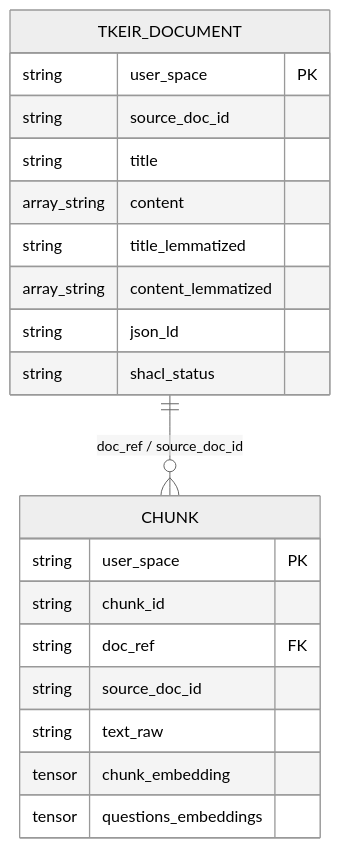
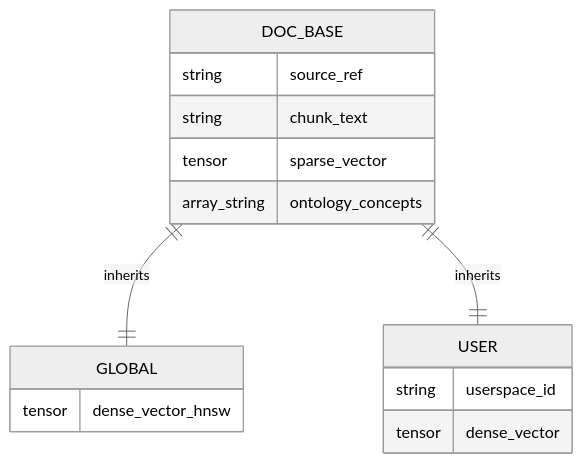
The fifth of 5 diagrams in docs/architecture/data-model.md (ThalesGroup/t-keir), drawn with Mermaid (neutral theme) before and after one commit. The commit also changed other lines of this file and 151 other files, not shown here.

````diff
--- a/docs/architecture/data-model.md
+++ b/docs/architecture/data-model.md
@@ -178,23 +179,18 @@
 ```mermaid
 erDiagram
-  TKEIR_DOCUMENT ||--o{ CHUNK : "doc_ref / source_doc_id"
-  TKEIR_DOCUMENT {
-    string user_space PK
-    string source_doc_id
-    string title
-    array_string content
-    string title_lemmatized
-    array_string content_lemmatized
-    string json_ld
-    string shacl_status
+  DOC_BASE ||--|| GLOBAL : inherits
+  DOC_BASE ||--|| USER : inherits
+  DOC_BASE {
+    string source_ref
+    string chunk_text
+    tensor sparse_vector
+    array_string ontology_concepts
   }
-  CHUNK {
-    string user_space PK
-    string chunk_id
-    string doc_ref FK
-    string source_doc_id
-    string text_raw
-    tensor chunk_embedding
-    tensor questions_embeddings
+  GLOBAL {
+    tensor dense_vector_hnsw
+  }
+  USER {
+    string userspace_id
+    tensor dense_vector
   }
 ```
````
